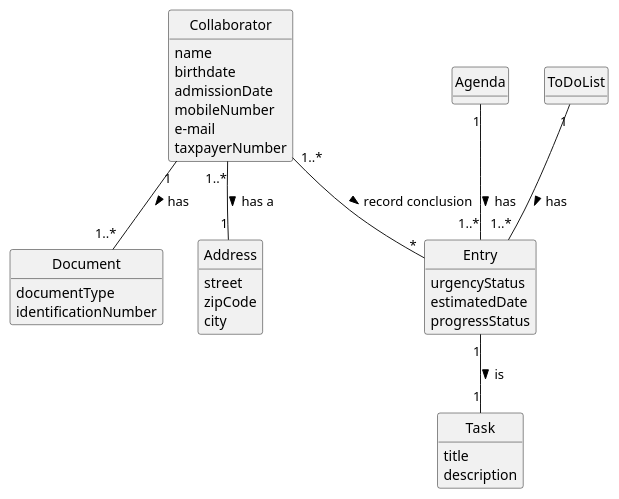
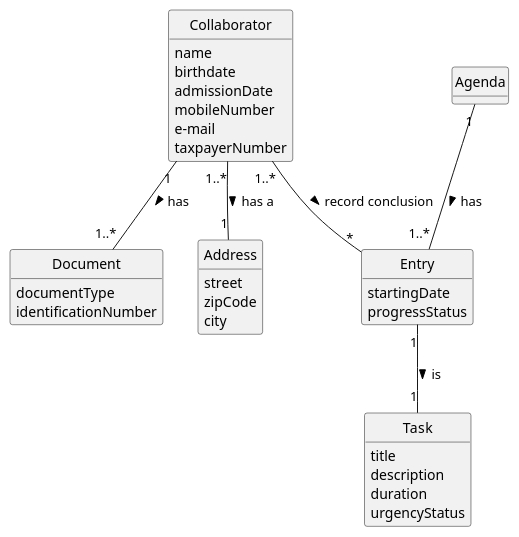
One commit to ricardomm7/leaflink changed the diagram in docs/sprintC/us029/02.analysis/puml/us029-domain-model.puml. Above: the diagram before and after it, drawn with PlantUML. The commit also changed 2 other files, not shown here.

```diff
--- a/docs/sprintC/us029/02.analysis/puml/us029-domain-model.puml
+++ b/docs/sprintC/us029/02.analysis/puml/us029-domain-model.puml
@@ -1,67 +1,68 @@
 @startuml
 skinparam monochrome true
 skinparam packageStyle rectangle
 skinparam shadowing false
 
 'left to right direction
 
 skinparam classAttributeIconSize 0
 
 hide circle
 hide methods
 
 
 class Collaborator {
     name
     birthdate
     admissionDate
     mobileNumber
     e-mail
     taxpayerNumber
 }
 
 class Entry {
+    startingDate
+    progressStatus
+
+}
+
+
+class Task {
+    title
+    description
+    duration
     urgencyStatus
-    estimatedDate
-    progressStatus
+
 
 }
 
 class Document{
     documentType
     identificationNumber
 }
 
 class Address{
     street
     zipCode
     city
 }
 
-class Task {
-    title
-    description
-
-}
 
 class Agenda{
 }
 
-class ToDoList{
-}
+
 
 
 
 Agenda "1" -- "1..*" Entry: has >
-
-ToDoList "1" -- "1..*" Entry : has >
 
 Entry "1" -- "1" Task: is >
 
 Collaborator "1..*" -- "*" Entry : record conclusion >
 
 Collaborator "1" -- "1..*" Document : has >
 
 Collaborator "1..*" -- "1" Address : has a >
 
 @enduml
```
